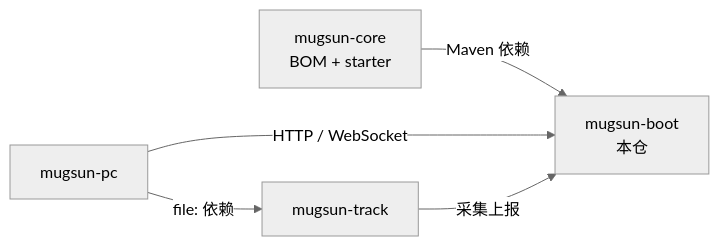
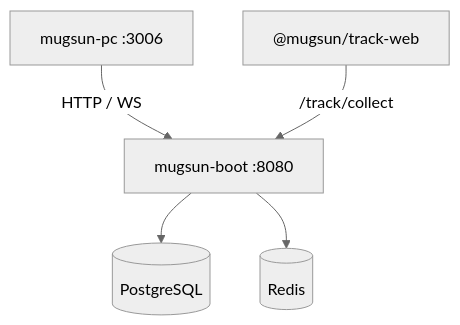
The diagram in README.md (mugsun/mugsun-boot), drawn with Mermaid (neutral theme) before and after one commit. The commit also changed other lines of this file and 1 other file, not shown here.

````diff
--- a/README.md
+++ b/README.md
@@ -92,7 +59,7 @@
 ```mermaid
-graph LR
-  CORE["mugsun-core<br/>BOM + starter"] -->|Maven 依赖| BOOT["mugsun-boot<br/>本仓"]
-  PC["mugsun-pc"] -->|HTTP / WebSocket| BOOT
-  TRACK["mugsun-track"] -->|采集上报| BOOT
-  PC -->|file: 依赖| TRACK
+flowchart TB
+  PC["mugsun-pc :3006"] -->|HTTP / WS| BOOT["mugsun-boot :8080"]
+  TRACK["@mugsun/track-web"] -->|/track/collect| BOOT
+  BOOT --> PG[("PostgreSQL")]
+  BOOT --> RD[("Redis")]
 ```
````
